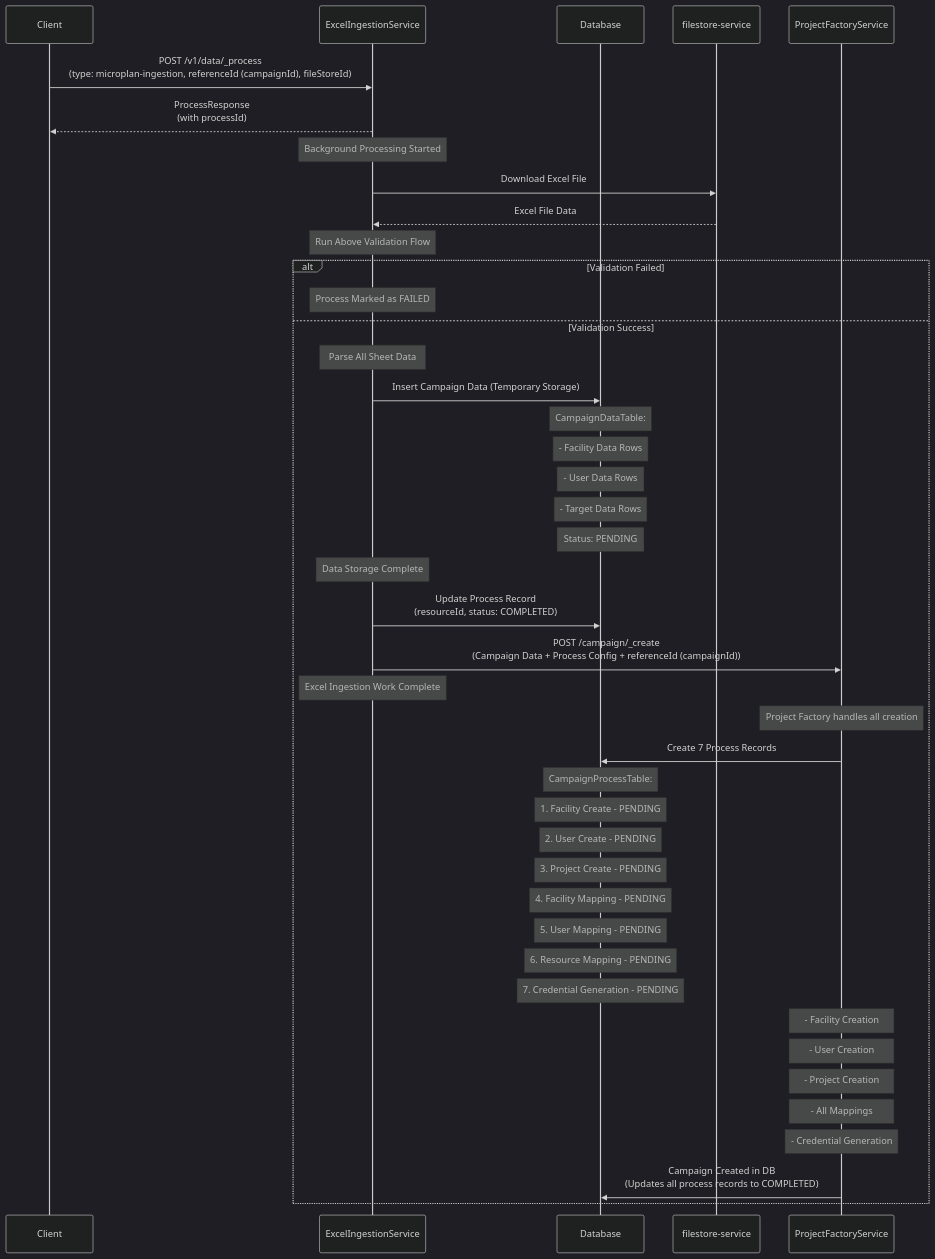
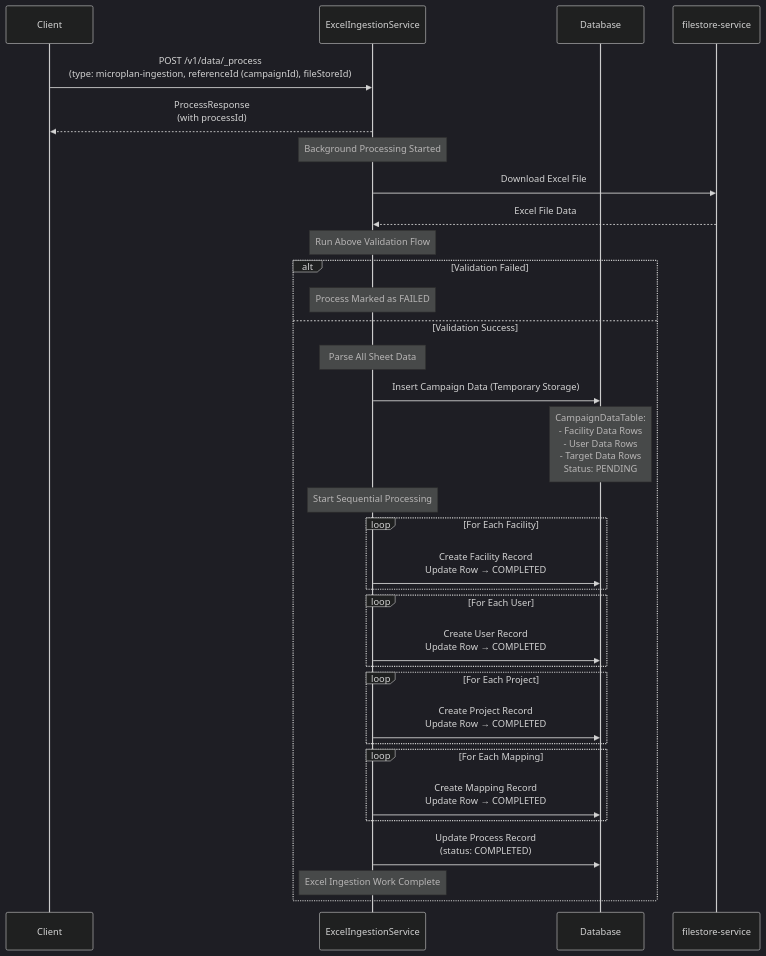
The third of 8 diagrams in health-services/excel-ingestion/draft-campaign-design.md (egovernments/health-campaign-services), drawn with Mermaid (dark theme) before and after one commit. The commit also changed other lines of this file and 15 other files, not shown here.

````diff
--- a/health-services/excel-ingestion/draft-campaign-design.md
+++ b/health-services/excel-ingestion/draft-campaign-design.md
@@ -89,59 +89,45 @@
 ```mermaid
 sequenceDiagram
     participant Client
     participant ExcelIngestionService
     participant Database
     participant filestore-service
-    participant ProjectFactoryService
-    
+
     Client->>ExcelIngestionService: POST /v1/data/_process<br/>(type: microplan-ingestion, referenceId (campaignId), fileStoreId)
-    
     ExcelIngestionService-->>Client: ProcessResponse<br/>(with processId)
-    
     Note over ExcelIngestionService: Background Processing Started
-    
+
     ExcelIngestionService->>filestore-service: Download Excel File
     filestore-service-->>ExcelIngestionService: Excel File Data
-    
+
     Note over ExcelIngestionService: Run Above Validation Flow
-    
+
     alt Validation Failed
         Note over ExcelIngestionService: Process Marked as FAILED
     else Validation Success
-    
         Note over ExcelIngestionService: Parse All Sheet Data
-        
         ExcelIngestionService->>Database: Insert Campaign Data (Temporary Storage)
-        Note over Database: CampaignDataTable:
-        Note over Database: - Facility Data Rows
-        Note over Database: - User Data Rows  
-        Note over Database: - Target Data Rows
-        Note over Database: Status: PENDING
-        
-        Note over ExcelIngestionService: Data Storage Complete
-        ExcelIngestionService->>Database: Update Process Record<br/>(resourceId, status: COMPLETED)
-        
-        ExcelIngestionService->>ProjectFactoryService: POST /campaign/_create<br/>(Campaign Data + Process Config + referenceId (campaignId))
-        
+        Note over Database: CampaignDataTable:<br/>- Facility Data Rows<br/>- User Data Rows<br/>- Target Data Rows<br/>Status: PENDING
+
+        Note over ExcelIngestionService: Start Sequential Processing
+
+        loop For Each Facility
+            ExcelIngestionService->>Database: Create Facility Record<br/>Update Row → COMPLETED
+        end
+
+        loop For Each User
+            ExcelIngestionService->>Database: Create User Record<br/>Update Row → COMPLETED
+        end
+
+        loop For Each Project
+            ExcelIngestionService->>Database: Create Project Record<br/>Update Row → COMPLETED
+        end
+
+        loop For Each Mapping
+            ExcelIngestionService->>Database: Create Mapping Record<br/>Update Row → COMPLETED
+        end
+
+        ExcelIngestionService->>Database: Update Process Record<br/>(status: COMPLETED)
         Note over ExcelIngestionService: Excel Ingestion Work Complete
-        
-        Note over ProjectFactoryService: Project Factory handles all creation
-        ProjectFactoryService->>Database: Create 7 Process Records
-        Note over Database: CampaignProcessTable:
-        Note over Database: 1. Facility Create - PENDING
-        Note over Database: 2. User Create - PENDING
-        Note over Database: 3. Project Create - PENDING
-        Note over Database: 4. Facility Mapping - PENDING
-        Note over Database: 5. User Mapping - PENDING
-        Note over Database: 6. Resource Mapping - PENDING
-        Note over Database: 7. Credential Generation - PENDING
-        
-        Note over ProjectFactoryService: - Facility Creation
-        Note over ProjectFactoryService: - User Creation  
-        Note over ProjectFactoryService: - Project Creation
-        Note over ProjectFactoryService: - All Mappings
-        Note over ProjectFactoryService: - Credential Generation
-        
-        ProjectFactoryService->>Database: Campaign Created in DB<br/>(Updates all process records to COMPLETED)
     end
 ```
````
